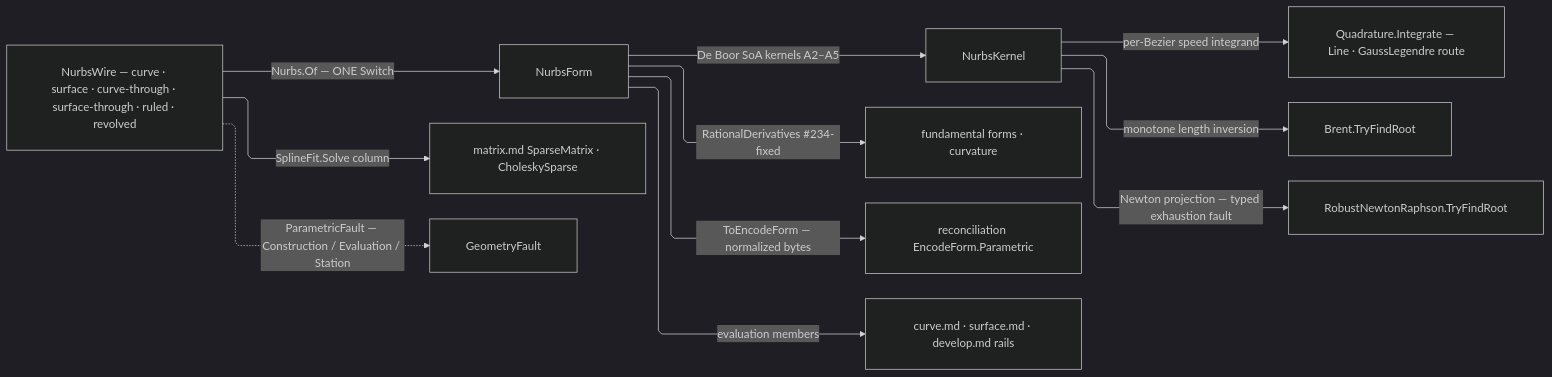
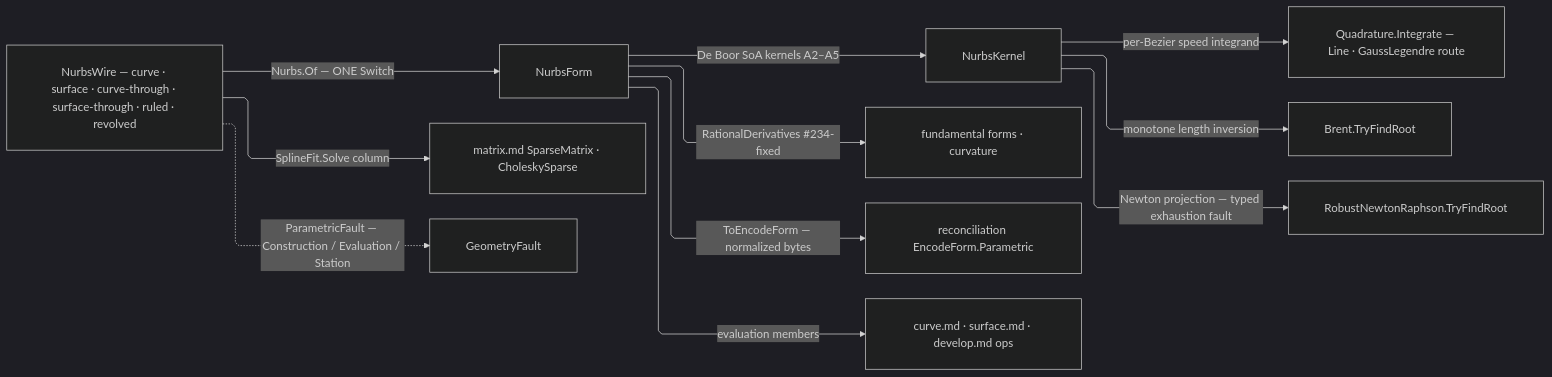
Before and after one commit to bsamiee/Rasm: the diagram in libs/dotnet/Rasm/.planning/Parametric/nurbs.md, drawn with Mermaid (dark theme). The commit also changed other lines of this file and 1997 other files, not shown here.

````diff
--- a/libs/dotnet/Rasm/.planning/Parametric/nurbs.md
+++ b/libs/dotnet/Rasm/.planning/Parametric/nurbs.md
@@ -460,22 +457,22 @@
 ```mermaid
 ---
 config:
   layout: elk
   flowchart:
     curve: linear
     padding: 25
 ---
 flowchart LR
     accTitle: NURBS engine admission and evaluation flow
     accDescr: NurbsWire shapes fold through Nurbs.Of into NurbsForm carriers; De Boor kernels serve evaluation, quadrature rides the kernel Quadrature owner, inversion rides MathNet, and identity leaves through EncodeForm.
     Wire["NurbsWire — curve · surface · curve-through · surface-through · ruled · revolved"] -->|"Nurbs.Of — ONE Switch"| NurbsForm
     Wire -->|"SplineFit.Solve column"| Matrix["matrix.md SparseMatrix · CholeskySparse"]
     NurbsForm -->|"De Boor SoA kernels A2–A5"| NurbsKernel
     NurbsKernel -->|"per-Bezier speed integrand"| Quadrature["Quadrature.Integrate — Line · GaussLegendre route"]
     NurbsKernel -->|"monotone length inversion"| Brent["Brent.TryFindRoot"]
     NurbsKernel -->|"Newton projection — typed exhaustion fault"| Newton["RobustNewtonRaphson.TryFindRoot"]
     NurbsForm -->|"RationalDerivatives #234-fixed"| Forms["fundamental forms · curvature"]
     NurbsForm -->|"ToEncodeForm — normalized bytes"| EncodeForm["reconciliation EncodeForm.Parametric"]
-    NurbsForm -->|"evaluation members"| Consumers["curve.md · surface.md · develop.md rails"]
+    NurbsForm -->|"evaluation members"| Consumers["curve.md · surface.md · develop.md ops"]
     Wire -.->|"ParametricFault — Construction / Evaluation / Station"| GeometryFault
 ```
````
